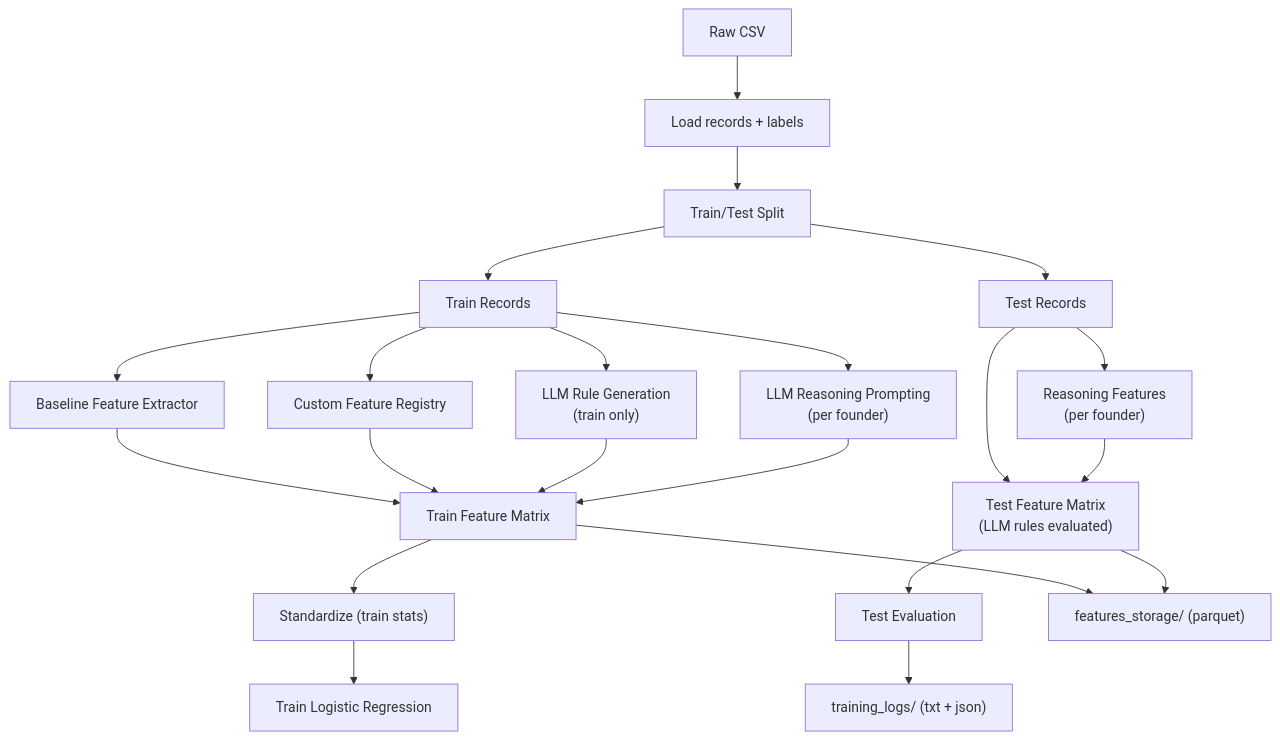
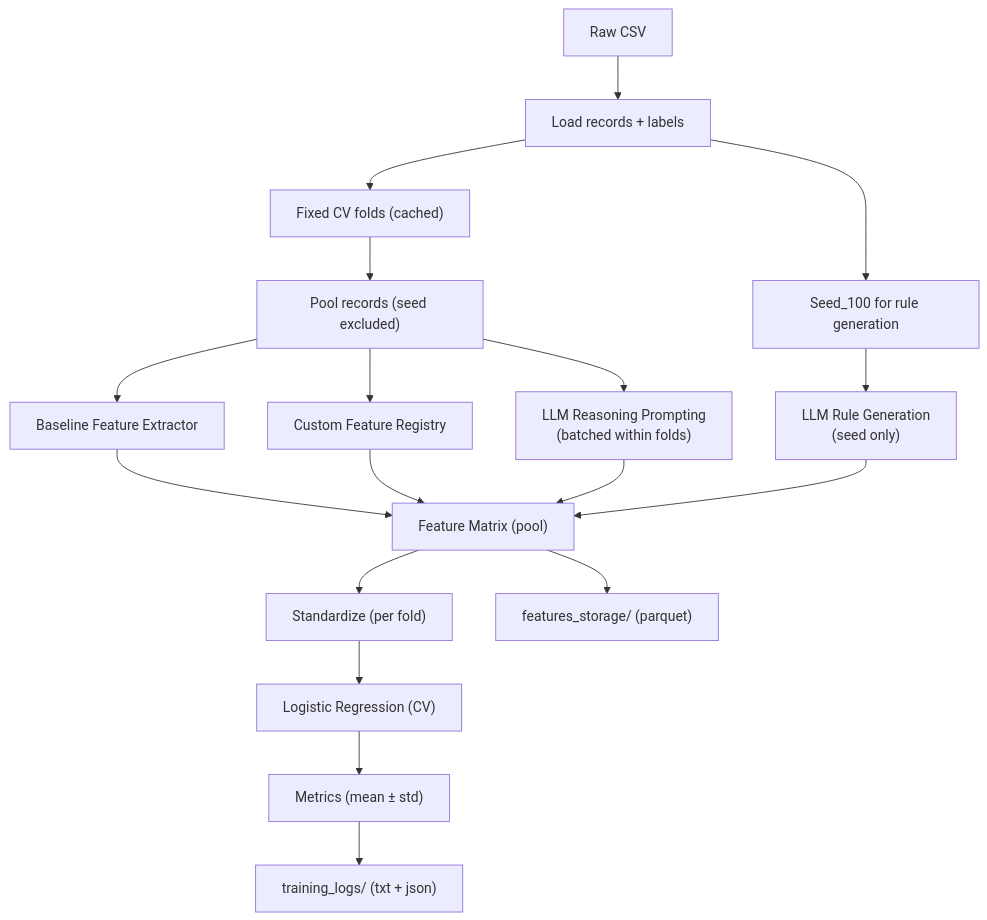
One commit to tick-tock-code/Vela_internship_TRL changed the diagram in 5_llm_reasoning/docs/data_flow.md. Above: the diagram before and after it, drawn with Mermaid. The commit also changed other lines of this file and 93 other files, not shown here.

````diff
--- a/5_llm_reasoning/docs/data_flow.md
+++ b/5_llm_reasoning/docs/data_flow.md
@@ -19,29 +20,24 @@
 ```mermaid
 flowchart TD
   A["Raw CSV"] --> B["Load records + labels"]
-  B --> C["Train/Test Split"]
-  C --> D["Train Records"]
-  C --> E["Test Records"]
+  B --> C["Fixed CV folds (cached)"]
+  C --> D["Pool records (seed excluded)"]
+  B --> S["Seed_100 for rule generation"]
 
   D --> F["Baseline Feature Extractor"]
   D --> G["Custom Feature Registry"]
-  D --> H["LLM Rule Generation\n(train only)"]
-  D --> I["LLM Reasoning Prompting\n(per founder)"]
+  S --> H["LLM Rule Generation\n(seed only)"]
+  D --> I["LLM Reasoning Prompting\n(batched within folds)"]
 
-  F --> J["Train Feature Matrix"]
+  F --> J["Feature Matrix (pool)"]
   G --> J
   H --> J
   I --> J
 
-  E --> K["Test Feature Matrix\n(LLM rules evaluated)"]
-  E --> L["Reasoning Features\n(per founder)"]
-  L --> K
+  J --> K["Standardize (per fold)"]
+  K --> L["Logistic Regression (CV)"]
+  L --> M["Metrics (mean ± std)"]
 
-  J --> M["Standardize (train stats)"]
-  M --> N["Train Logistic Regression"]
-  K --> O["Test Evaluation"]
-
-  J --> P["features_storage/ (parquet)"]
-  K --> P
-  O --> Q["training_logs/ (txt + json)"]
+  J --> N["features_storage/ (parquet)"]
+  M --> O["training_logs/ (txt + json)"]
 ```
````
